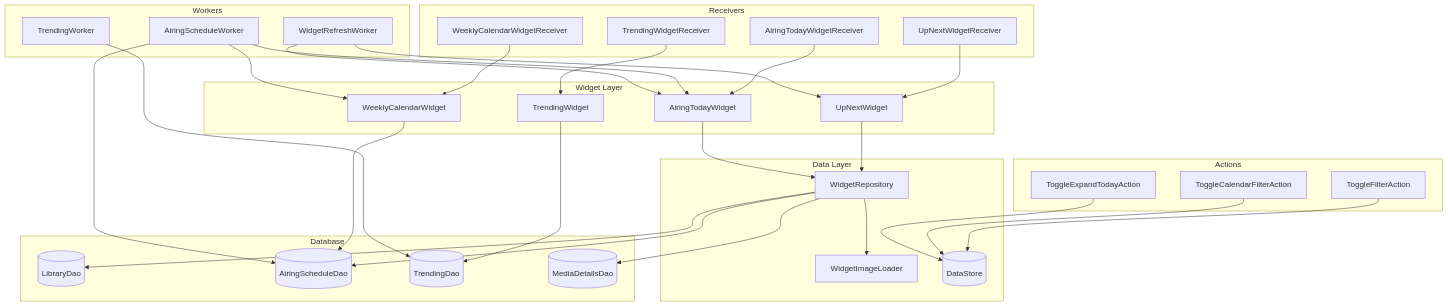
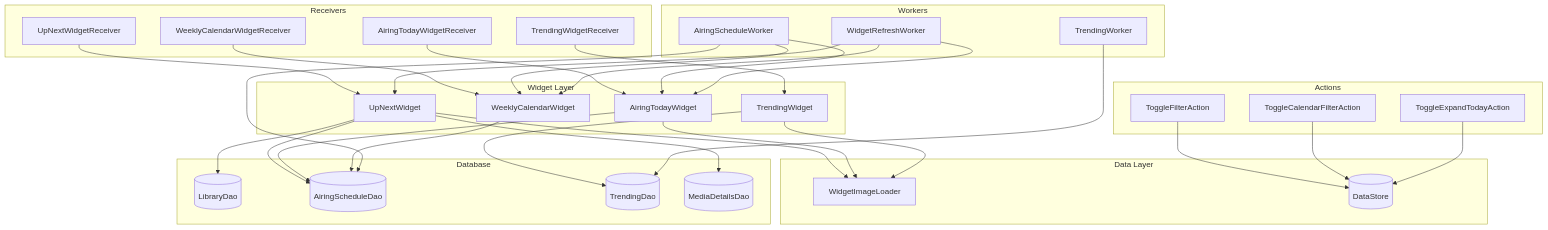
The second of 6 diagrams in docs/WIDGETS.md (Marco-9456/AniSync), drawn with Mermaid before and after one commit. The commit also changed other lines of this file and 17 other files, not shown here.

````diff
--- a/docs/WIDGETS.md
+++ b/docs/WIDGETS.md
@@ -68,67 +68,68 @@
 ```mermaid
 flowchart TB
     subgraph "Widget Layer"
         UNW[UpNextWidget]
         ATW[AiringTodayWidget]
         WCW[WeeklyCalendarWidget]
         TW[TrendingWidget]
     end
 
     subgraph "Receivers"
         UNR[UpNextWidgetReceiver]
         ATR[AiringTodayWidgetReceiver]
         WCR[WeeklyCalendarWidgetReceiver]
         TR[TrendingWidgetReceiver]
     end
 
     subgraph "Actions"
         TFA[ToggleFilterAction]
         TCFA[ToggleCalendarFilterAction]
         TEA[ToggleExpandTodayAction]
     end
 
     subgraph "Data Layer"
-        WR[WidgetRepository]
         WIL[WidgetImageLoader]
         DS[(DataStore)]
     end
 
     subgraph "Database"
         LD[(LibraryDao)]
         ASD[(AiringScheduleDao)]
         TD[(TrendingDao)]
         MDD[(MediaDetailsDao)]
     end
 
     subgraph "Workers"
         ASW[AiringScheduleWorker]
         TRW[TrendingWorker]
         WRW[WidgetRefreshWorker]
     end
 
     UNR --> UNW
     ATR --> ATW
     WCR --> WCW
     TR --> TW
 
-    UNW --> WR
-    ATW --> WR
+    UNW --> LD
+    UNW --> ASD
+    UNW --> MDD
+    ATW --> ASD
     WCW --> ASD
     TW --> TD
 
-    WR --> LD
-    WR --> ASD
-    WR --> MDD
-    WR --> WIL
+    UNW --> WIL
+    ATW --> WIL
+    TW --> WIL
 
     TFA --> DS
     TCFA --> DS
     TEA --> DS
 
     ASW --> ASD
     ASW --> ATW
     ASW --> WCW
     TRW --> TD
     WRW --> UNW
     WRW --> ATW
+    WRW --> WCW
 ```
````
